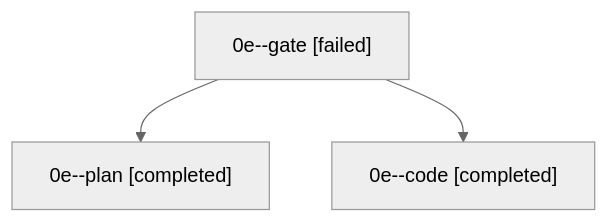
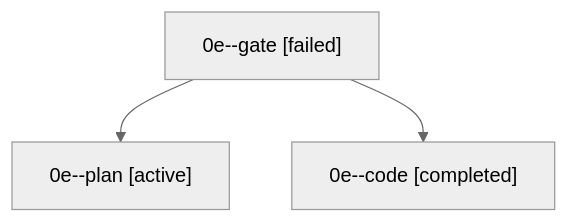
Before and after one commit to sase-org/sase--agents: the diagram in families/bbugyi200.apollo.0e.md, drawn with Mermaid (neutral theme). The commit also changed other lines of this file and 66 other files, not shown here.

````diff
--- a/families/bbugyi200.apollo.0e.md
+++ b/families/bbugyi200.apollo.0e.md
@@ -9,8 +9,8 @@
 ```mermaid
 flowchart TD
   n0["0e--gate [failed]"]
-  n1["0e--plan [completed]"]
+  n1["0e--plan [active]"]
   n0 --> n1
   n2["0e--code [completed]"]
   n0 --> n2
 ```
````
